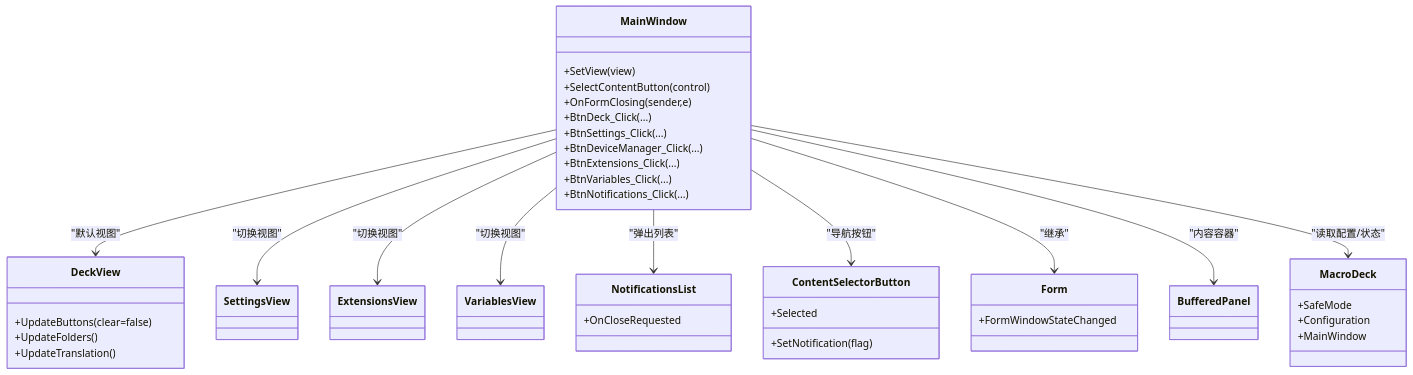
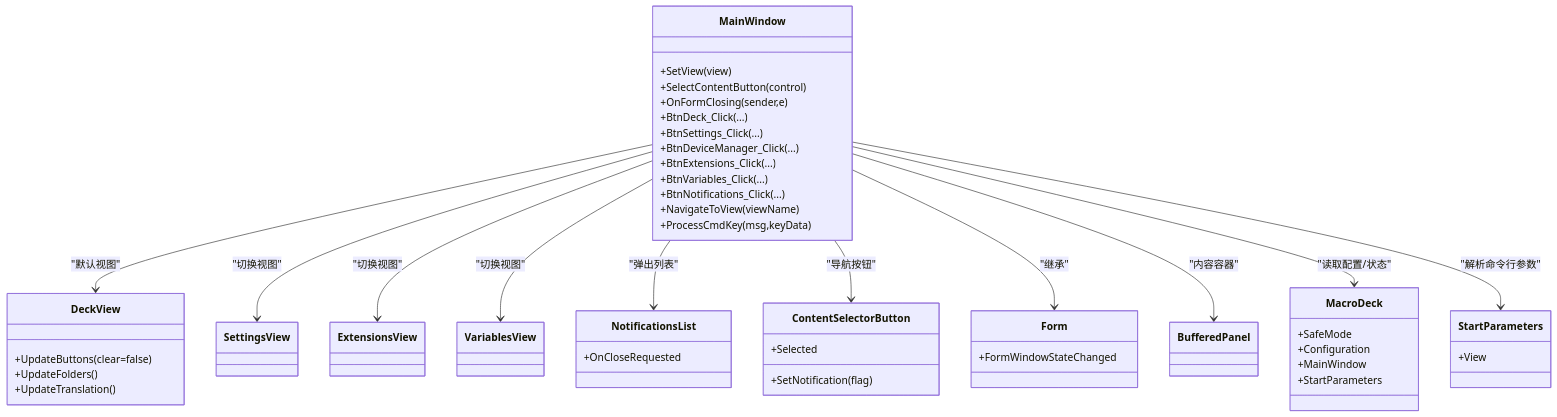
One commit to tea4go/Macro-Deck changed the third of 3 diagrams in .qoder/repowiki/zh/content/图形用户界面/主窗口设计.md. Above: the diagram before and after it, drawn with Mermaid. The commit also changed other lines of this file and 5 other files, not shown here.

````diff
--- a/.qoder/repowiki/zh/content/图形用户界面/主窗口设计.md
+++ b/.qoder/repowiki/zh/content/图形用户界面/主窗口设计.md
@@ -260,47 +310,54 @@
 ```mermaid
 classDiagram
 class MainWindow {
 +SetView(view)
 +SelectContentButton(control)
 +OnFormClosing(sender,e)
 +BtnDeck_Click(...)
 +BtnSettings_Click(...)
 +BtnDeviceManager_Click(...)
 +BtnExtensions_Click(...)
 +BtnVariables_Click(...)
 +BtnNotifications_Click(...)
++NavigateToView(viewName)
++ProcessCmdKey(msg,keyData)
 }
 class DeckView {
 +UpdateButtons(clear=false)
 +UpdateFolders()
 +UpdateTranslation()
 }
 class SettingsView
 class ExtensionsView
 class VariablesView
 class ContentSelectorButton {
 +Selected
 +SetNotification(flag)
 }
 class NotificationsList {
 +OnCloseRequested
 }
 class Form {
 +FormWindowStateChanged
 }
 class BufferedPanel
 class MacroDeck {
 +SafeMode
 +Configuration
 +MainWindow
++StartParameters
+}
+class StartParameters {
++View
 }
 MainWindow --> DeckView : "默认视图"
 MainWindow --> SettingsView : "切换视图"
 MainWindow --> ExtensionsView : "切换视图"
 MainWindow --> VariablesView : "切换视图"
 MainWindow --> NotificationsList : "弹出列表"
 MainWindow --> ContentSelectorButton : "导航按钮"
 MainWindow --> Form : "继承"
 MainWindow --> BufferedPanel : "内容容器"
 MainWindow --> MacroDeck : "读取配置/状态"
+MainWindow --> StartParameters : "解析命令行参数"
 ```
````
